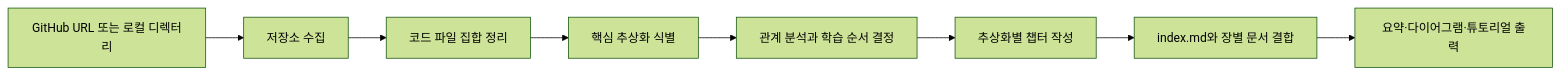
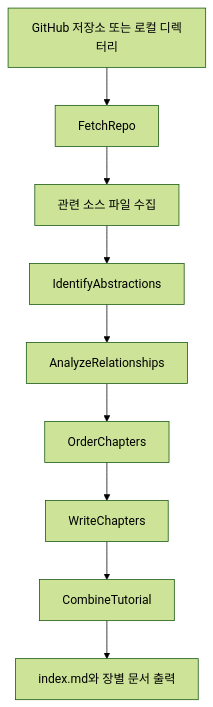
The first of 2 diagrams in docs/githubstudy/generated/the-pocket-pocketflow-tutorial-codebase-knowledge/index.md (seihwanMoon/skillrnd), drawn with Mermaid (forest theme) before and after one commit. The commit also changed other lines of this file and 6 other files, not shown here.

Commit message:
Refine GitHub Study hub previews and archive

````diff
--- a/docs/githubstudy/generated/the-pocket-pocketflow-tutorial-codebase-knowledge/index.md
+++ b/docs/githubstudy/generated/the-pocket-pocketflow-tutorial-codebase-knowledge/index.md
@@ -66,10 +66,11 @@
 ```mermaid
-flowchart LR
-    A[GitHub URL 또는 로컬 디렉터리] --> B[저장소 수집]
-    B --> C[코드 파일 집합 정리]
-    C --> D[핵심 추상화 식별]
-    D --> E[관계 분석과 학습 순서 결정]
-    E --> F[추상화별 챕터 작성]
-    F --> G[index.md와 장별 문서 결합]
-    G --> H[요약·다이어그램·튜토리얼 출력]
+flowchart TD
+    A[GitHub 저장소 또는 로컬 디렉터리] --> B[FetchRepo]
+    B --> C[관련 소스 파일 수집]
+    C --> D[IdentifyAbstractions]
+    D --> E[AnalyzeRelationships]
+    E --> F[OrderChapters]
+    F --> G[WriteChapters]
+    G --> H[CombineTutorial]
+    H --> I[index.md와 장별 문서 출력]
 ```
````
